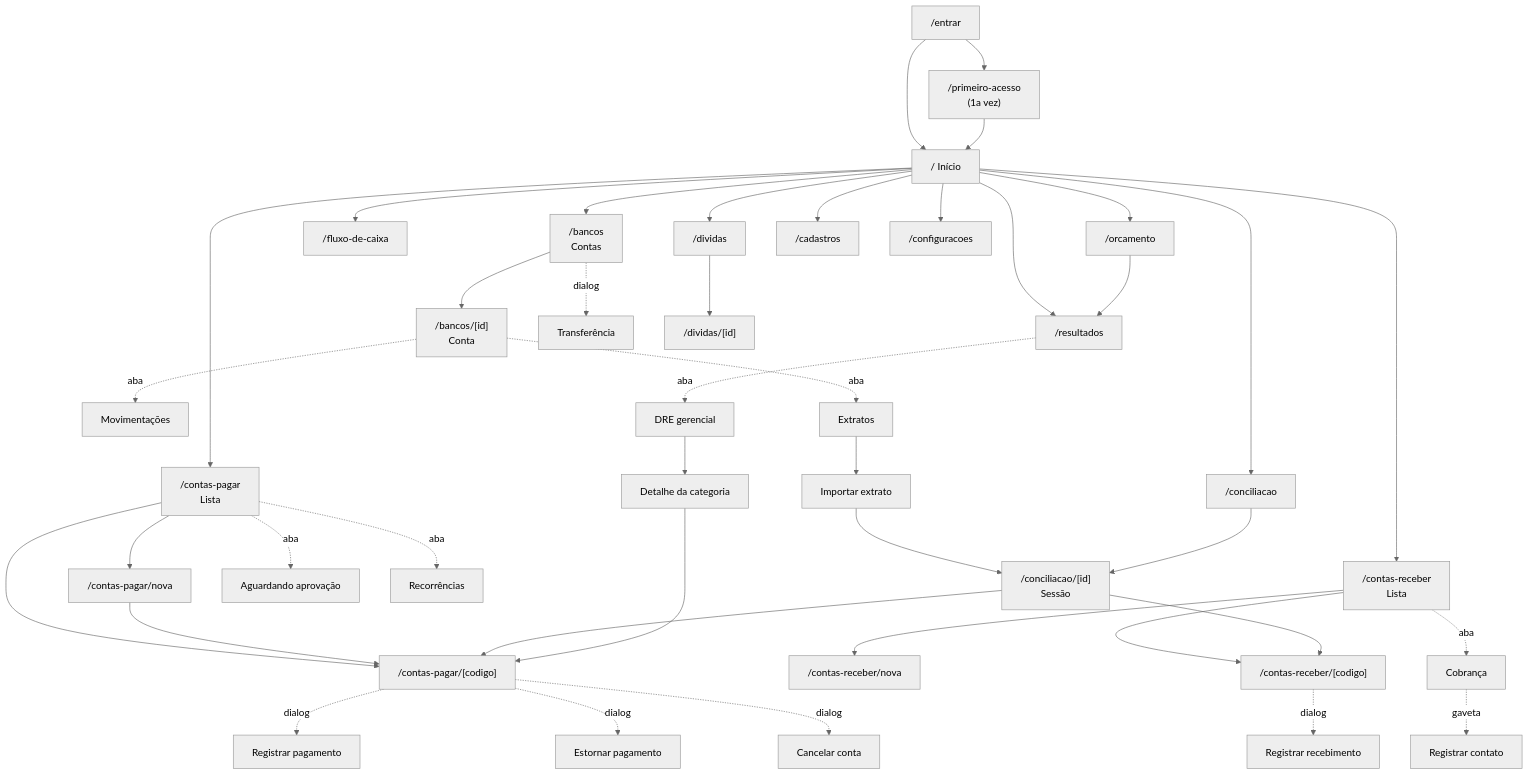
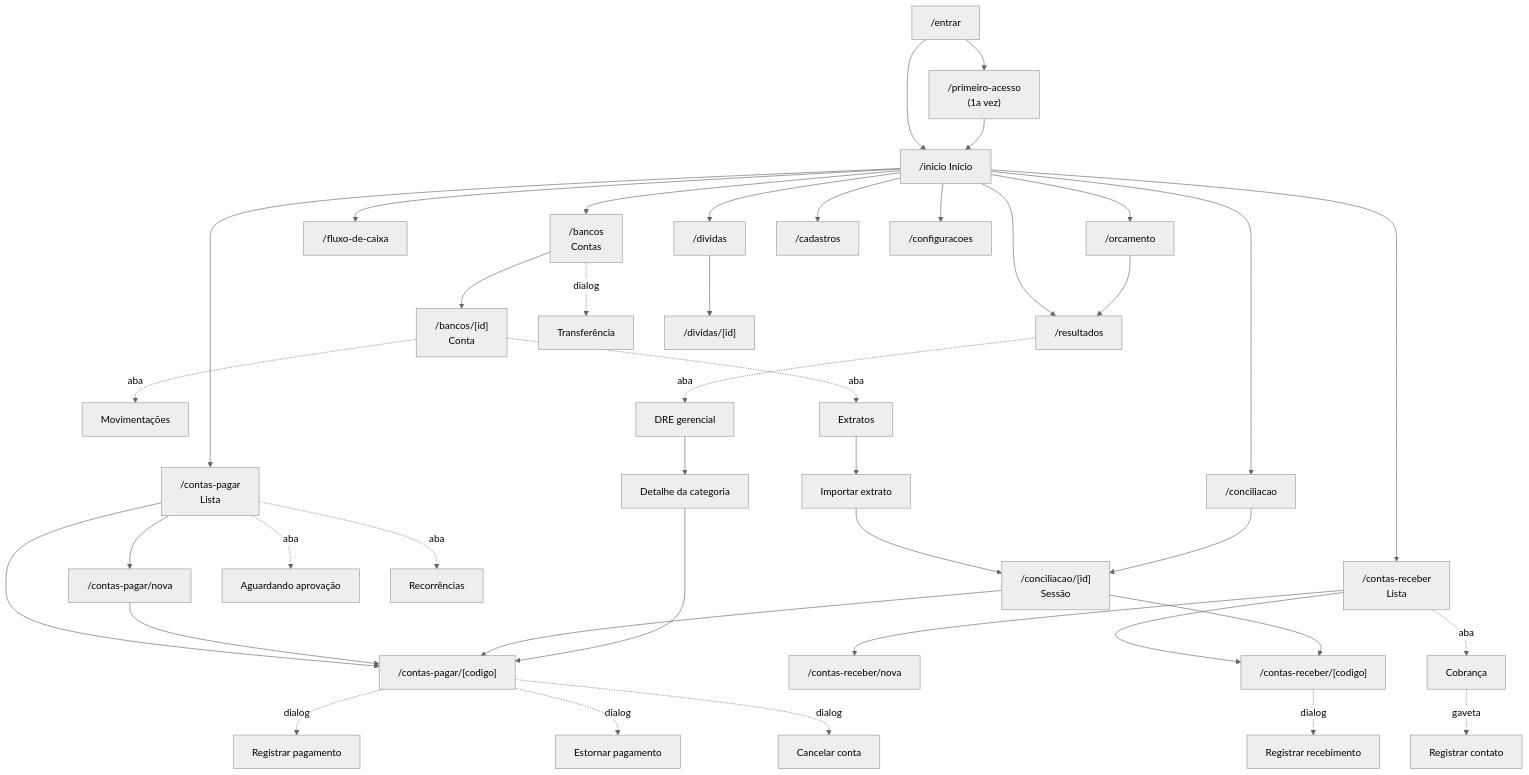
Before and after one commit to Pedro-viniicius/BPO_financeiro: the diagram in docs/ux/mapa-telas.md, drawn with Mermaid (neutral theme). The commit also changed other lines of this file and 77 other files, not shown here.

````diff
--- a/docs/ux/mapa-telas.md
+++ b/docs/ux/mapa-telas.md
@@ -19,48 +19,48 @@
 ```mermaid
 graph TD
   L["/entrar"] --> PA["/primeiro-acesso<br/>(1a vez)"]
-  L --> H["/ Início"]
+  L --> H["/inicio Início"]
   PA --> H
 
   H --> CPL["/contas-pagar<br/>Lista"]
   H --> CRL["/contas-receber<br/>Lista"]
   H --> BL["/bancos<br/>Contas"]
   H --> CL["/conciliacao"]
   H --> FC["/fluxo-de-caixa"]
   H --> RE["/resultados"]
 
   CPL --> CPN["/contas-pagar/nova"]
   CPL --> CPD["/contas-pagar/[codigo]"]
   CPN --> CPD
   CPD -.dialogo.-> CPP["Registrar pagamento"]
   CPD -.dialogo.-> CPE["Estornar pagamento"]
   CPD -.dialogo.-> CPC["Cancelar conta"]
   CPL -.aba.-> APR["Aguardando aprovação"]
   CPL -.aba.-> REC["Recorrências"]
 
   CRL --> CRN["/contas-receber/nova"]
   CRL --> CRD["/contas-receber/[codigo]"]
   CRD -.dialogo.-> CRR["Registrar recebimento"]
   CRL -.aba.-> COB["Cobrança"]
   COB -.gaveta.-> CT["Registrar contato"]
 
   BL --> BC["/bancos/[id]<br/>Conta"]
   BC -.aba.-> MOV["Movimentações"]
   BC -.aba.-> EXT["Extratos"]
   EXT --> IMP["Importar extrato"]
   BL -.dialogo.-> TRF["Transferência"]
   IMP --> CS["/conciliacao/[id]<br/>Sessão"]
   CL --> CS
   CS --> CPD
   CS --> CRD
 
   RE -.aba.-> DRE["DRE gerencial"]
   DRE --> DET["Detalhe da categoria"]
   DET --> CPD
   H --> ORC["/orcamento"]
   ORC --> RE
   H --> DIV["/dividas"]
   DIV --> DIVD["/dividas/[id]"]
   H --> CAD["/cadastros"]
   H --> CFG["/configuracoes"]
 ```
````
